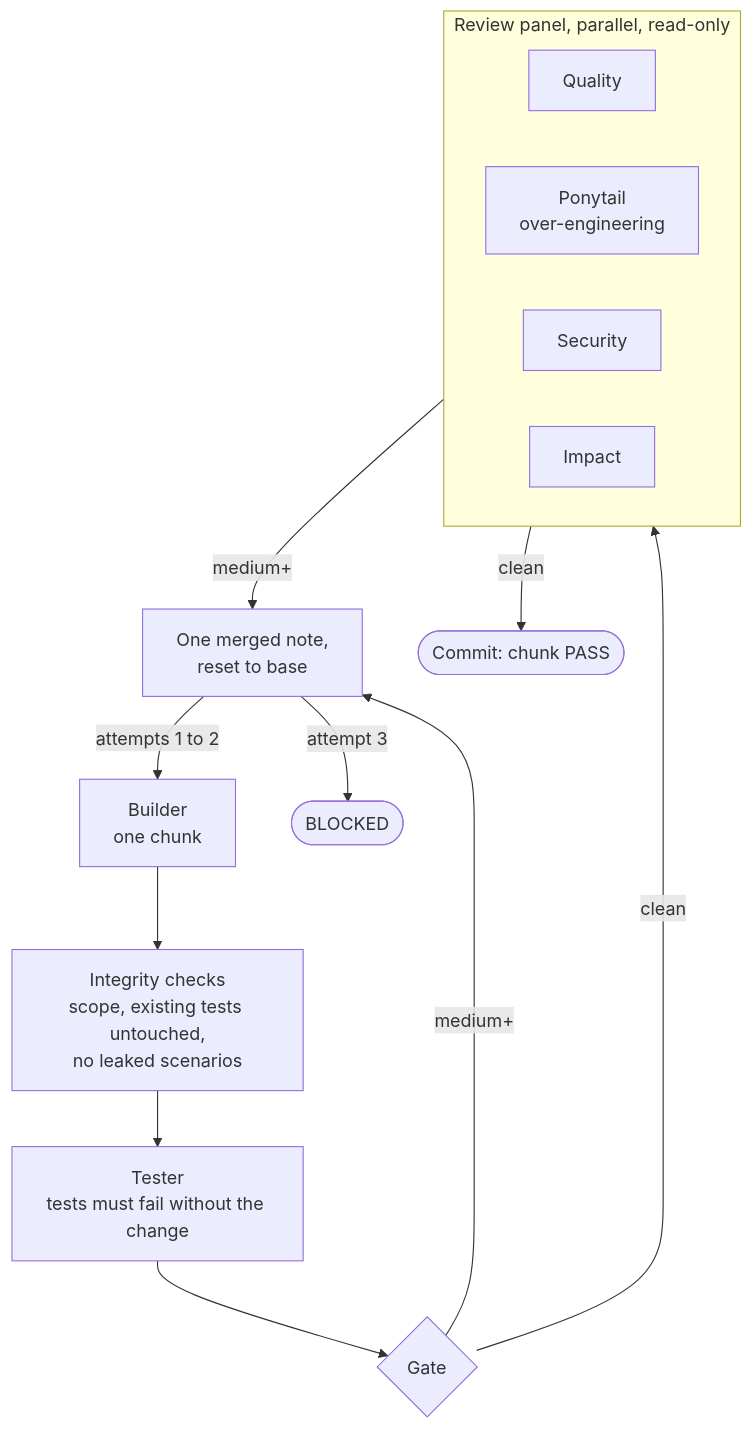
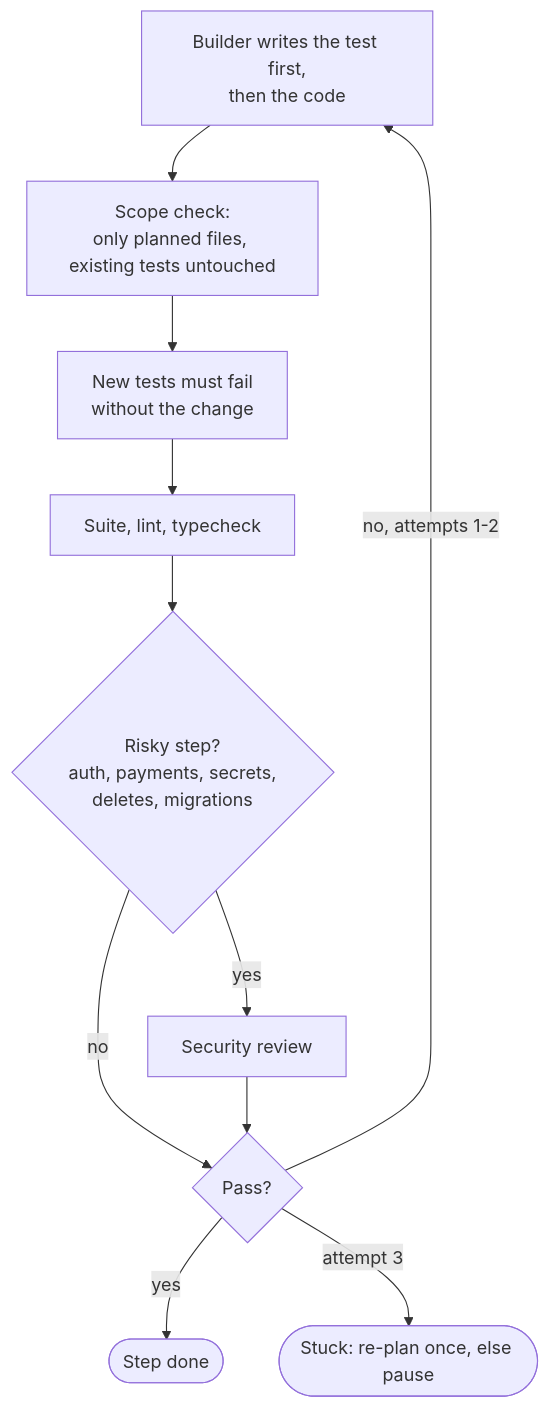
One commit to Hafiz408/dark-factory changed the second of 2 diagrams in README.md. Above: the diagram before and after it, drawn with Mermaid. The commit also changed other lines of this file and 3 other files, not shown here.

````diff
--- a/README.md
+++ b/README.md
@@ -106,19 +66,13 @@
 ```mermaid
 flowchart TD
-    B[Builder<br/>one chunk] --> C[Integrity checks<br/>scope, existing tests untouched,<br/>no leaked scenarios]
-    C --> T[Tester<br/>tests must fail without the change]
-    T --> G{Gate}
-    G -->|clean| Q
-    subgraph Q [Review panel, parallel, read-only]
-        direction LR
-        Q1[Quality]
-        Q2[Ponytail<br/>over-engineering]
-        Q3[Security]
-        Q4[Impact]
-    end
-    G -->|medium+| N[One merged note,<br/>reset to base]
-    Q -->|medium+| N
-    Q -->|clean| D([Commit: chunk PASS])
-    N -->|attempts 1 to 2| B
-    N -->|attempt 3| X([BLOCKED])
+    B[Builder writes the test first,<br/>then the code] --> D[Scope check:<br/>only planned files, existing tests untouched]
+    D --> R[New tests must fail<br/>without the change]
+    R --> T[Suite, lint, typecheck]
+    T --> H{Risky step?<br/>auth, payments, secrets,<br/>deletes, migrations}
+    H -->|yes| SR[Security review]
+    H -->|no| G{Pass?}
+    SR --> G
+    G -->|yes| OK([Step done])
+    G -->|no, attempts 1-2| B
+    G -->|attempt 3| X([Stuck: re-plan once, else pause])
 ```
````
